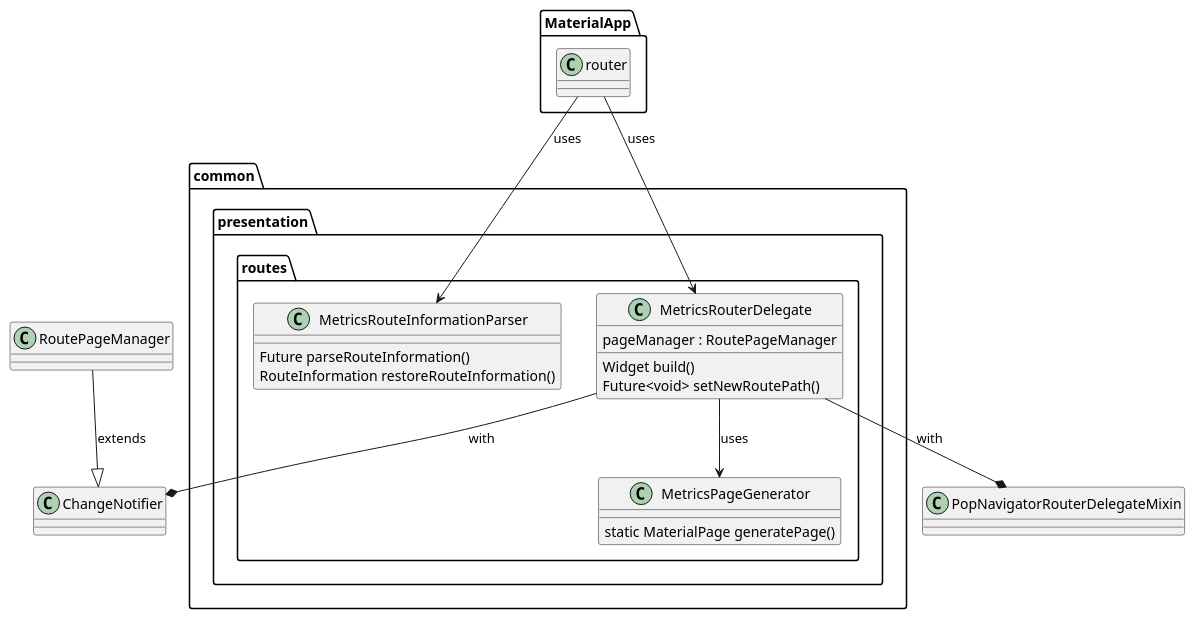
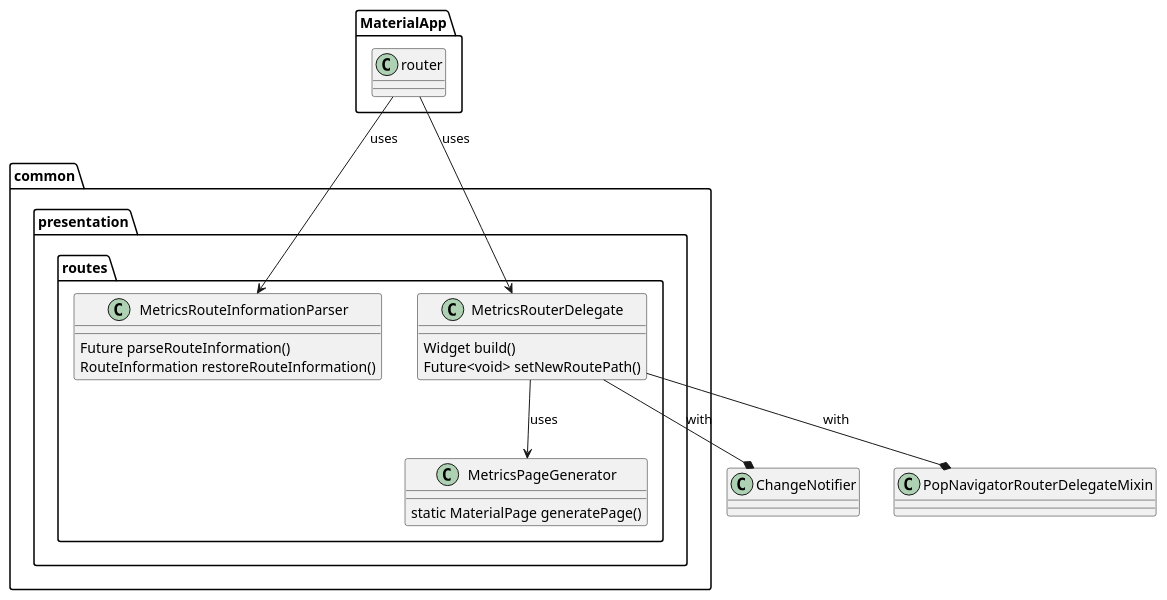
The diagram in metrics/web/docs/features/router_widget/diagrams/router_widget_presentation.puml (Flank/flank-dashboard), drawn with PlantUML before and after one commit.

```diff
--- a/metrics/web/docs/features/router_widget/diagrams/router_widget_presentation.puml
+++ b/metrics/web/docs/features/router_widget/diagrams/router_widget_presentation.puml
@@ -1,27 +1,25 @@
 @startuml
 package common.presentation.routes {
 
         class MetricsRouteInformationParser{
             Future parseRouteInformation()
             RouteInformation restoreRouteInformation()
         }
 
         class MetricsRouterDelegate{
-            pageManager : RoutePageManager
 
             Widget build()
             Future<void> setNewRoutePath()
         }
         class MetricsPageGenerator{
             static MaterialPage generatePage()
         }
 
 }
 
 MetricsRouterDelegate --* ChangeNotifier : with
 MetricsRouterDelegate --* PopNavigatorRouterDelegateMixin : with
 MetricsRouterDelegate --> MetricsPageGenerator : uses
-RoutePageManager --|> ChangeNotifier : extends
 MaterialApp.router --> MetricsRouterDelegate : uses
 MaterialApp.router --> MetricsRouteInformationParser :uses
 @enduml
```
